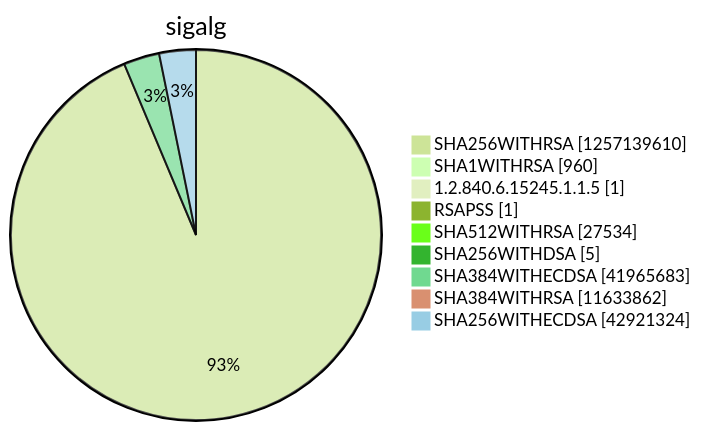
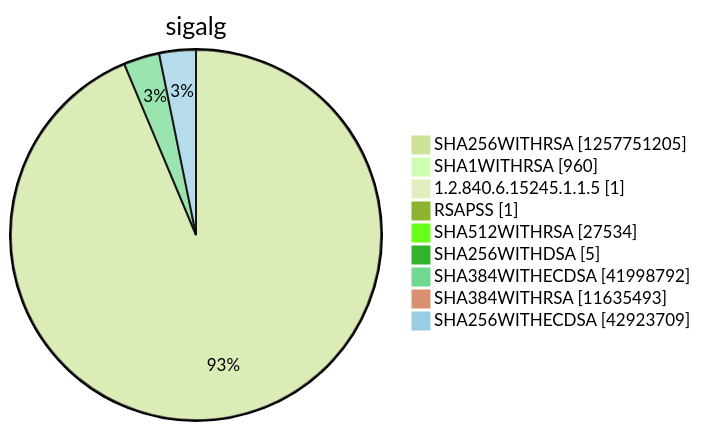
One commit to christiankrug/ctmonitor_visualization changed diagram 15 of 15 in argon2022/README.md. Above: the diagram before and after it, drawn with Mermaid (forest theme). The commit also changed other lines of this file, not shown here.

````diff
--- a/argon2022/README.md
+++ b/argon2022/README.md
@@ -5522,13 +5522,13 @@
 ```mermaid
 pie showData
 title sigalg
-"SHA256WITHRSA" :1257139610
+"SHA256WITHRSA" :1257751205
 "SHA1WITHRSA" :960
 "1.2.840.6.15245.1.1.5" :1
 "RSAPSS" :1
 "SHA512WITHRSA" :27534
 "SHA256WITHDSA" :5
-"SHA384WITHECDSA" :41965683
-"SHA384WITHRSA" :11633862
-"SHA256WITHECDSA" :42921324
+"SHA384WITHECDSA" :41998792
+"SHA384WITHRSA" :11635493
+"SHA256WITHECDSA" :42923709
 ```
````
